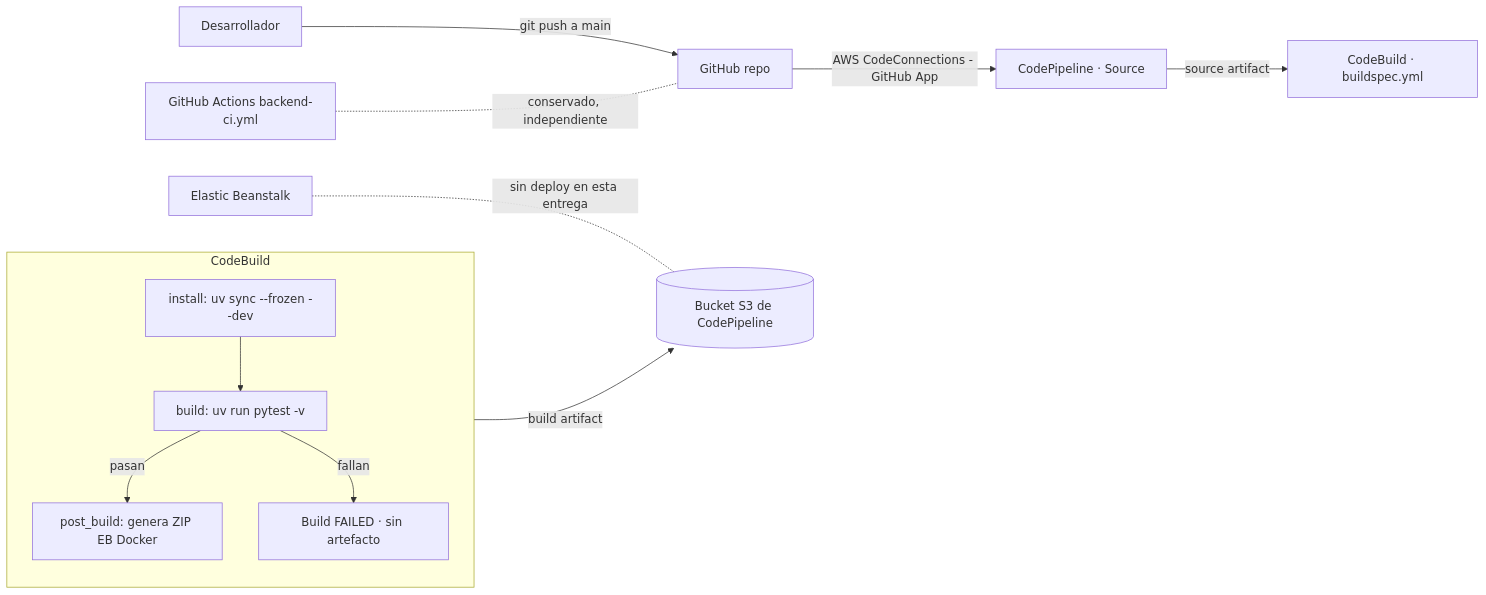
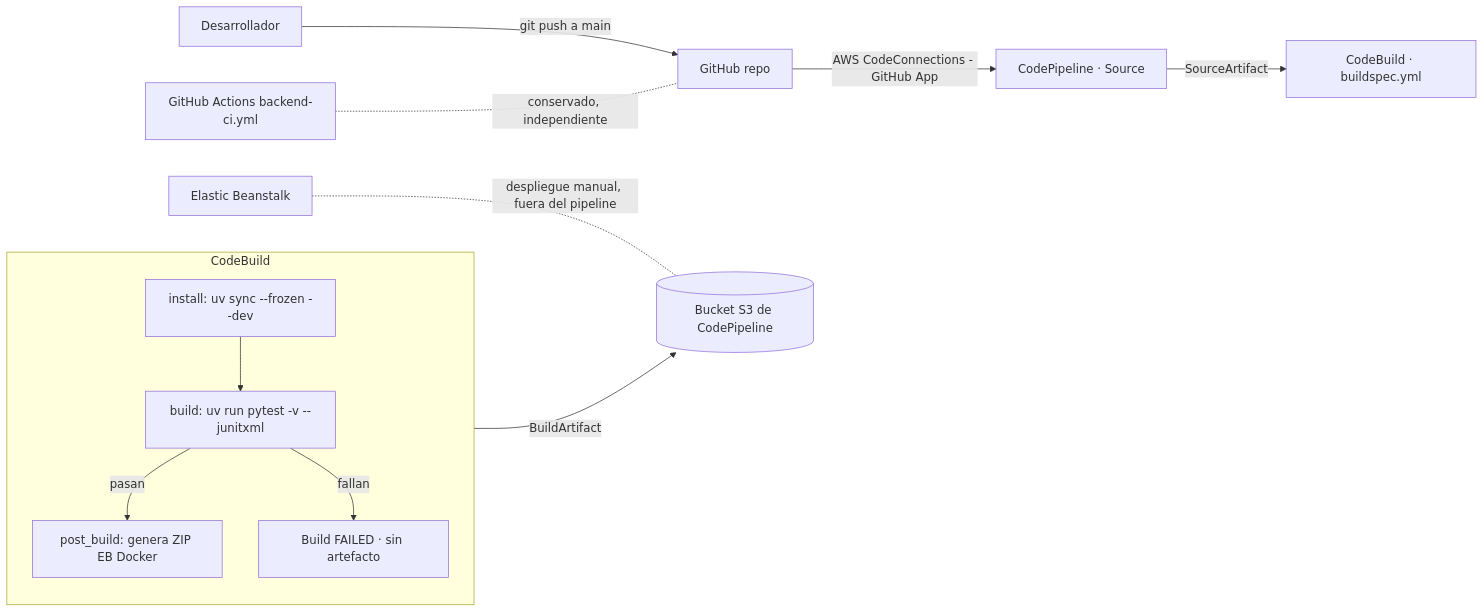
Before and after one commit to camiloroa112/MISW-4302-DevOps-Agilizando-el-Despliegue-Continuo-de-Aplicaciones-202614-GrupoBlueTeam-proyecto: the diagram in docs/entrega-2/README.md, drawn with Mermaid. The commit also changed other lines of this file and 1 other file, not shown here.

Commit message:
fix: adjusting entrega-2/README.md, removing pdf README.md doc

````diff
--- a/docs/entrega-2/README.md
+++ b/docs/entrega-2/README.md
@@ -91,18 +91,18 @@
 ```mermaid
 flowchart LR
     Dev[Desarrollador] -->|git push a main| GH[GitHub repo]
     GH -->|AWS CodeConnections - GitHub App| SRC[CodePipeline · Source]
-    SRC -->|source artifact| BUILD[CodeBuild · buildspec.yml]
+    SRC -->|SourceArtifact| BUILD[CodeBuild · buildspec.yml]
 
     subgraph CodeBuild
       direction TB
-      DEPS[install: uv sync --frozen --dev] --> TEST[build: uv run pytest -v]
+      DEPS[install: uv sync --frozen --dev] --> TEST[build: uv run pytest -v --junitxml]
       TEST -->|pasan| ZIP[post_build: genera ZIP EB Docker]
       TEST -->|fallan| FAIL[Build FAILED · sin artefacto]
     end
 
-    ZIP -->|build artifact| S3[(Bucket S3 de CodePipeline)]
+    ZIP -->|BuildArtifact| S3[(Bucket S3 de CodePipeline)]
 
     GHA[GitHub Actions backend-ci.yml] -. conservado, independiente .- GH
-    EB[Elastic Beanstalk] -. sin deploy en esta entrega .- S3
+    EB[Elastic Beanstalk] -. despliegue manual, fuera del pipeline .- S3
 ```
````
